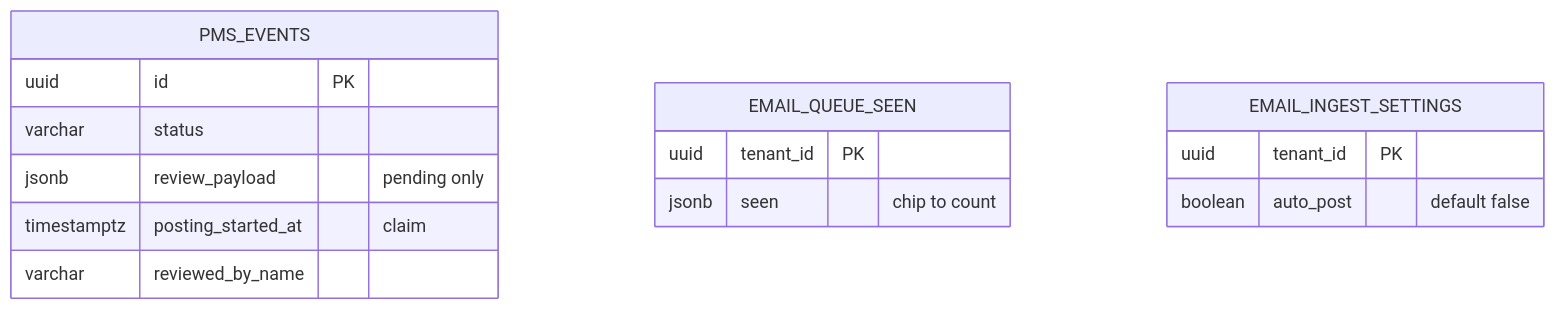
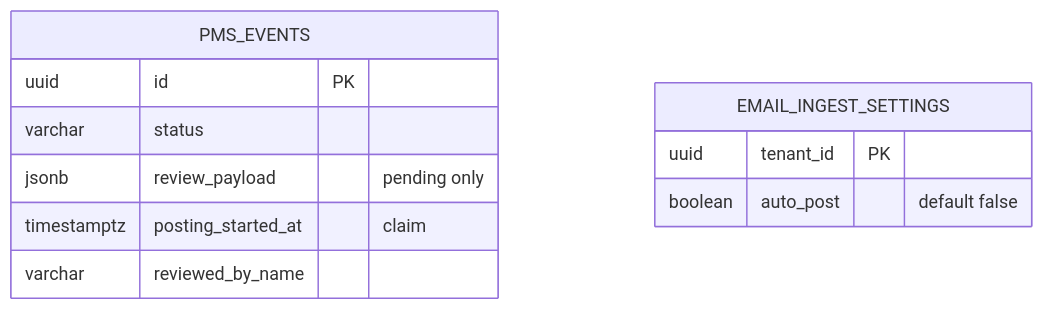
One commit to developer-carmensoftware/OCR changed the third of 10 diagrams in docs/frd/FRD-12-ai-transaction-review.md. Above: the diagram before and after it, drawn with Mermaid. The commit also changed other lines of this file and 3 other files, not shown here.

Commit message:
docs: two-chip queue — 07 §24, API reference, FRD-12 v1.1, changelog

````diff
--- a/docs/frd/FRD-12-ai-transaction-review.md
+++ b/docs/frd/FRD-12-ai-transaction-review.md
@@ -274,18 +276,14 @@
-```mermaid 6.4b | PMS rows, the seen marks, and the auto-post switch — one row per BU for the last two
+```mermaid 6.4b | PMS rows, and the auto-post switch — one row per BU
 erDiagram
     PMS_EVENTS {
         uuid id PK
         varchar status
         jsonb review_payload "pending only"
         timestamptz posting_started_at "claim"
         varchar reviewed_by_name
     }
-    EMAIL_QUEUE_SEEN {
-        uuid tenant_id PK
-        jsonb seen "chip to count"
-    }
     EMAIL_INGEST_SETTINGS {
         uuid tenant_id PK
         boolean auto_post "default false"
     }
 ```
````
